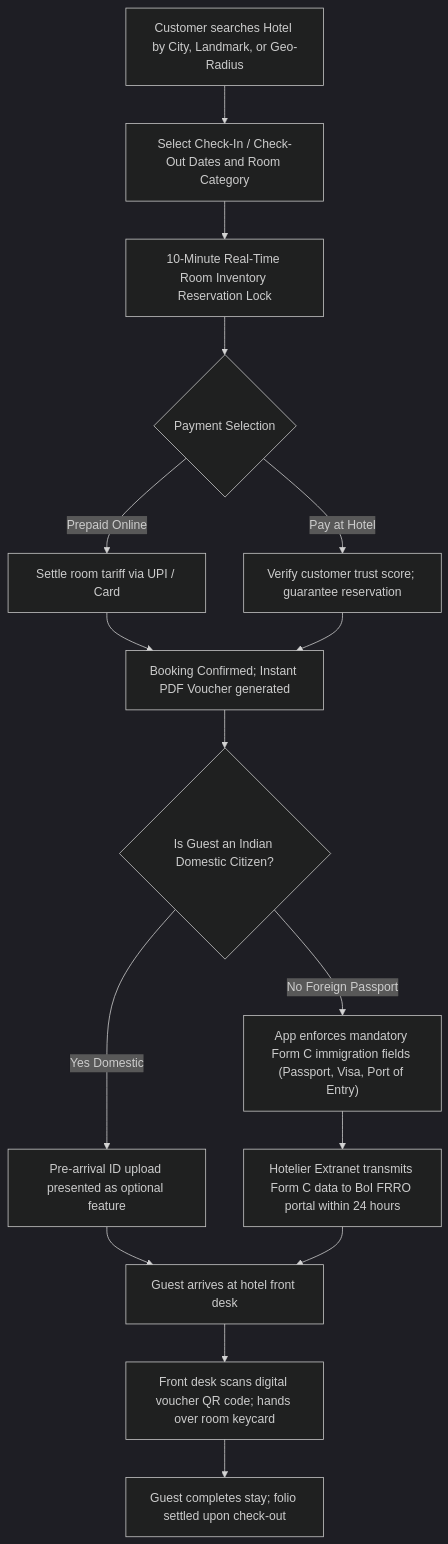
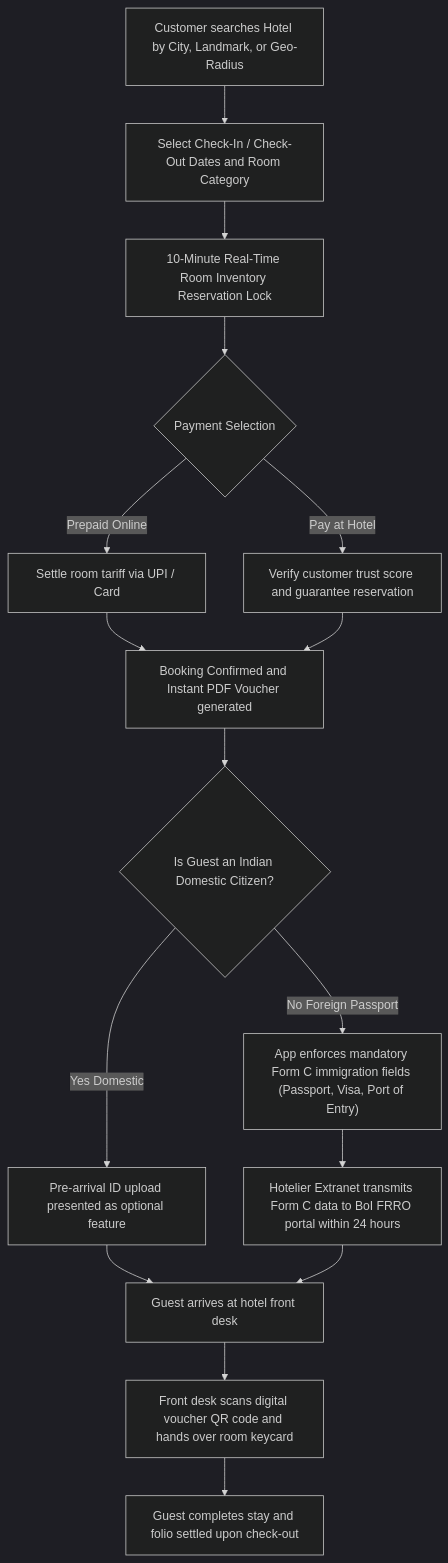
One commit to programmerfiroz/all-in-one changed the tenth of 12 diagrams in docs/06_visual_hierarchy_and_flows/high_level_visual_hierarchy.md. Above: the diagram before and after it, drawn with Mermaid (dark theme). The commit also changed other lines of this file, not shown here.

Commit message:
fix(visual): sanitize mermaid sequence diagrams by removing semicolons and illegal tokens for github renderer

````diff
--- a/docs/06_visual_hierarchy_and_flows/high_level_visual_hierarchy.md
+++ b/docs/06_visual_hierarchy_and_flows/high_level_visual_hierarchy.md
@@ -345,24 +345,24 @@
 ```mermaid
 flowchart TD
     SearchHotel["Customer searches Hotel by City, Landmark, or Geo-Radius"] --> DateSelect["Select Check-In / Check-Out Dates and Room Category"]
     DateSelect --> HoldLock["10-Minute Real-Time Room Inventory Reservation Lock"]
     
     HoldLock --> Prepay{"Payment Selection"}
     Prepay -->|Prepaid Online| OnlinePay["Settle room tariff via UPI / Card"]
-    Prepay -->|Pay at Hotel| VerifyCard["Verify customer trust score; guarantee reservation"]
+    Prepay -->|Pay at Hotel| VerifyCard["Verify customer trust score and guarantee reservation"]
     
-    OnlinePay --> BookingOK["Booking Confirmed; Instant PDF Voucher generated"]
+    OnlinePay --> BookingOK["Booking Confirmed and Instant PDF Voucher generated"]
     VerifyCard --> BookingOK
     
     BookingOK --> KycCheck{"Is Guest an Indian Domestic Citizen?"}
     
     KycCheck -->|Yes Domestic| DomesticKYC["Pre-arrival ID upload presented as optional feature"]
     KycCheck -->|No Foreign Passport| ForeignFormC["App enforces mandatory Form C immigration fields (Passport, Visa, Port of Entry)"]
     
     DomesticKYC --> ReceptionArrival["Guest arrives at hotel front desk"]
     ForeignFormC --> TransmitBoI["Hotelier Extranet transmits Form C data to BoI FRRO portal within 24 hours"]
     TransmitBoI --> ReceptionArrival
     
-    ReceptionArrival --> CheckInQR["Front desk scans digital voucher QR code; hands over room keycard"]
-    CheckInQR --> StayComplete["Guest completes stay; folio settled upon check-out"]
+    ReceptionArrival --> CheckInQR["Front desk scans digital voucher QR code and hands over room keycard"]
+    CheckInQR --> StayComplete["Guest completes stay and folio settled upon check-out"]
 ```
````
